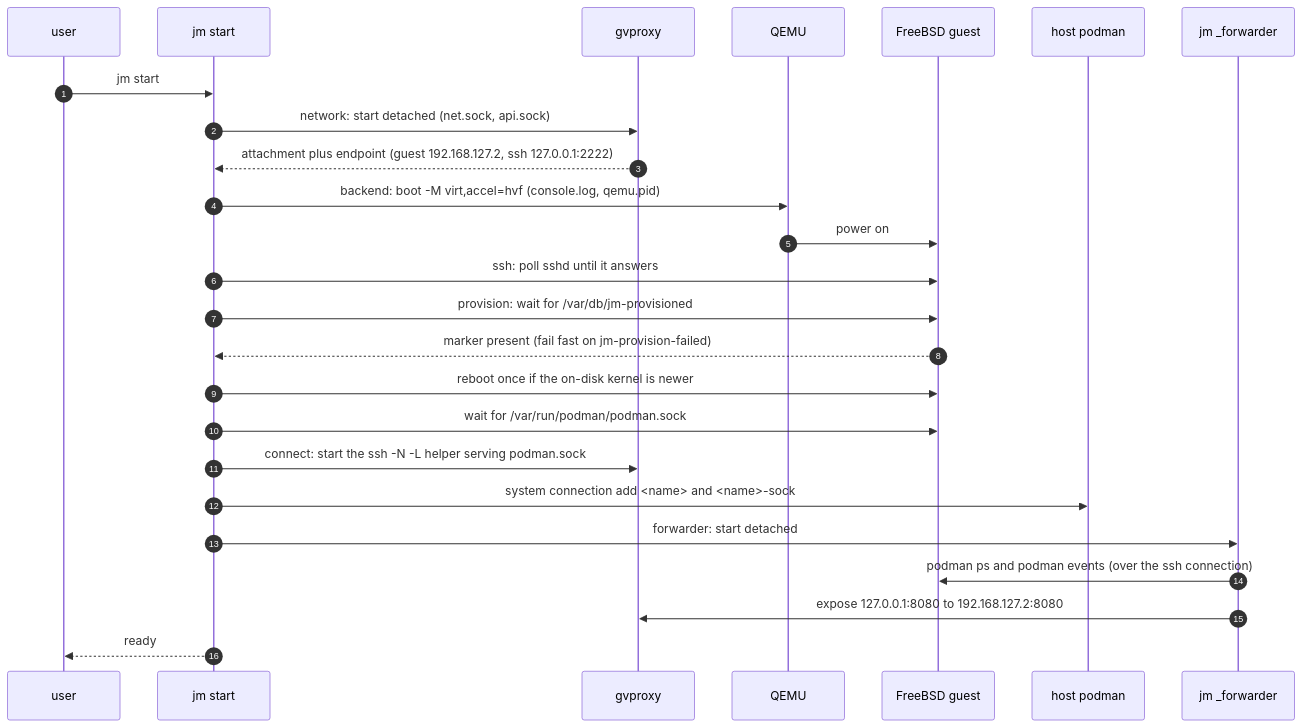
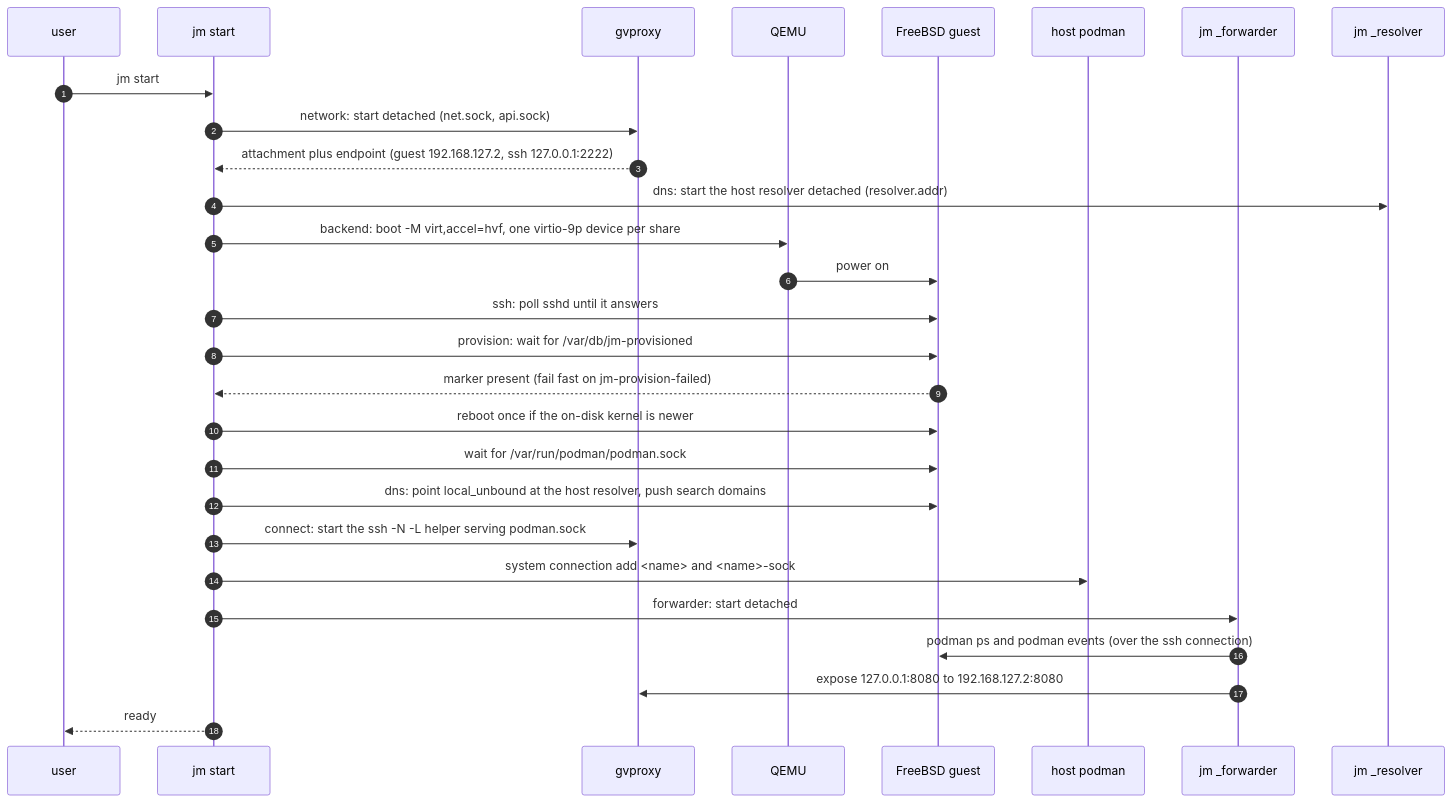
Before and after one commit to gabrielbelli/jailmachine: the diagram in docs/ARCHITECTURE.md, drawn with Mermaid. The commit also changed other lines of this file and 95 other files, not shown here.

First line of the commit message:
Docker Desktop parity: host path mounts, host-resolver DNS, publish semantics, autostart, jdocker

````diff
--- a/docs/ARCHITECTURE.md
+++ b/docs/ARCHITECTURE.md
@@ -161,27 +308,30 @@
 ```mermaid
 sequenceDiagram
     autonumber
     participant U as user
     participant JM as jm start
     participant GV as gvproxy
     participant Q as QEMU
     participant G as FreeBSD guest
     participant P as host podman
     participant F as jm _forwarder
+    participant R as jm _resolver
     U->>JM: jm start
     JM->>GV: network: start detached (net.sock, api.sock)
     GV-->>JM: attachment plus endpoint (guest 192.168.127.2, ssh 127.0.0.1:2222)
-    JM->>Q: backend: boot -M virt,accel=hvf (console.log, qemu.pid)
+    JM->>R: dns: start the host resolver detached (resolver.addr)
+    JM->>Q: backend: boot -M virt,accel=hvf, one virtio-9p device per share
     Q->>G: power on
     JM->>G: ssh: poll sshd until it answers
     JM->>G: provision: wait for /var/db/jm-provisioned
     G-->>JM: marker present (fail fast on jm-provision-failed)
     JM->>G: reboot once if the on-disk kernel is newer
     JM->>G: wait for /var/run/podman/podman.sock
+    JM->>G: dns: point local_unbound at the host resolver, push search domains
     JM->>GV: connect: start the ssh -N -L helper serving podman.sock
     JM->>P: system connection add <name> and <name>-sock
     JM->>F: forwarder: start detached
     F->>G: podman ps and podman events (over the ssh connection)
     F->>GV: expose 127.0.0.1:8080 to 192.168.127.2:8080
     JM-->>U: ready
 ```
````
